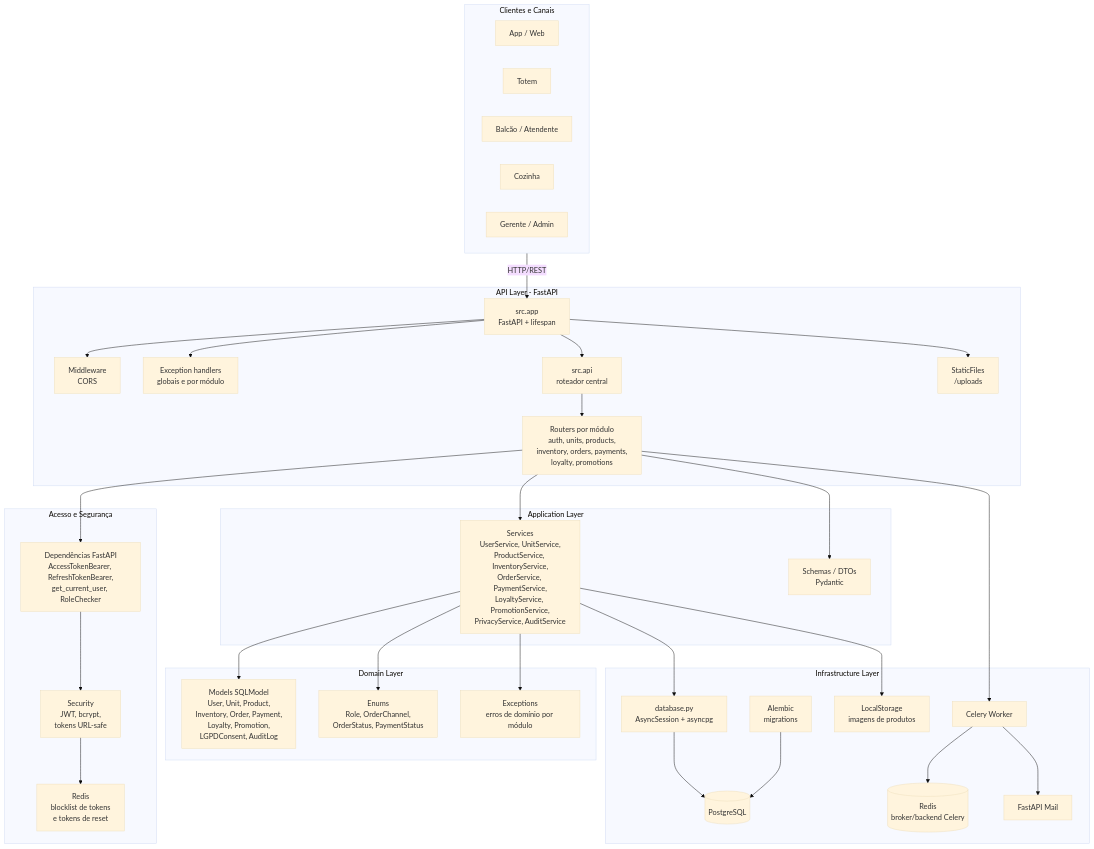
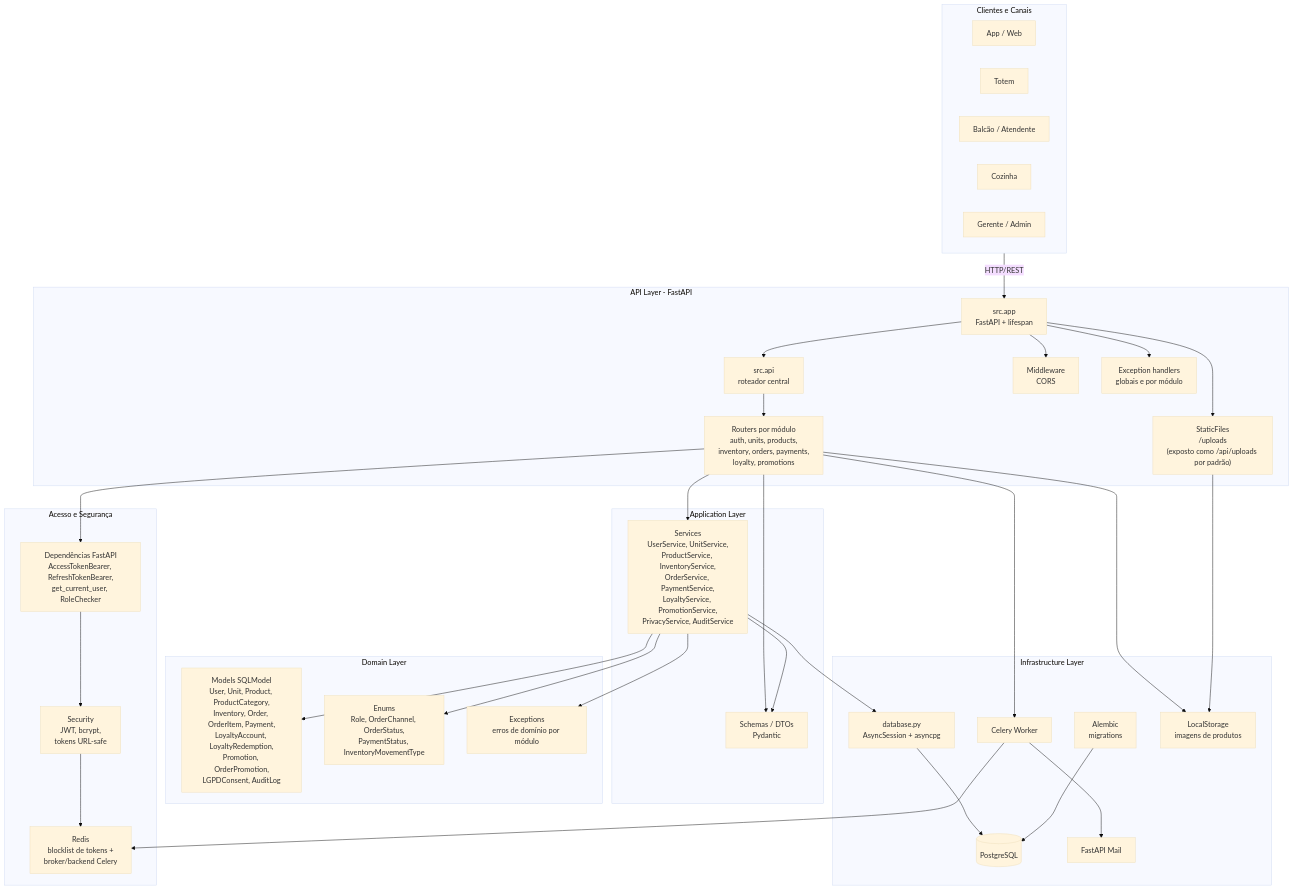
One commit to estevan-ulian/raizes-do-nordeste-backend-uninter changed the diagram in docs/ARCHITECTURE.md. Above: the diagram before and after it, drawn with Mermaid (base theme). The commit also changed 4 other files, not shown here.

Commit message:
docs: update architecture, ER, class diagrams and README with latest model changes

````diff
--- a/docs/ARCHITECTURE.md
+++ b/docs/ARCHITECTURE.md
@@ -3,73 +3,74 @@
 ```mermaid
 flowchart TB
     subgraph Clients["Clientes e Canais"]
         APP["App / Web"]
         TOTEM["Totem"]
         COUNTER["Balcão / Atendente"]
         KITCHEN["Cozinha"]
         ADMIN["Gerente / Admin"]
     end
 
     subgraph API["API Layer - FastAPI"]
         APP_ENTRY["src.app<br/>FastAPI + lifespan"]
         API_ROUTER["src.api<br/>roteador central"]
         ROUTERS["Routers por módulo<br/>auth, units, products,<br/>inventory, orders, payments,<br/>loyalty, promotions"]
         MIDDLEWARE["Middleware<br/>CORS"]
         EX_HANDLERS["Exception handlers<br/>globais e por módulo"]
-        STATIC["StaticFiles<br/>/uploads"]
+        STATIC["StaticFiles<br/>/uploads<br/>(exposto como /api/uploads por padrão)"]
     end
 
     subgraph Access["Acesso e Segurança"]
         DEPENDENCIES["Dependências FastAPI<br/>AccessTokenBearer, RefreshTokenBearer,<br/>get_current_user, RoleChecker"]
         SECURITY["Security<br/>JWT, bcrypt,<br/>tokens URL-safe"]
-        REDIS_BLOCKLIST["Redis<br/>blocklist de tokens<br/>e tokens de reset"]
+        REDIS["Redis<br/>blocklist de tokens +<br/>broker/backend Celery"]
     end
 
     subgraph Application["Application Layer"]
         SERVICES["Services<br/>UserService, UnitService,<br/>ProductService, InventoryService,<br/>OrderService, PaymentService,<br/>LoyaltyService, PromotionService,<br/>PrivacyService, AuditService"]
         SCHEMAS["Schemas / DTOs<br/>Pydantic"]
     end
 
     subgraph Domain["Domain Layer"]
-        MODELS["Models SQLModel<br/>User, Unit, Product,<br/>Inventory, Order, Payment,<br/>Loyalty, Promotion,<br/>LGPDConsent, AuditLog"]
-        ENUMS["Enums<br/>Role, OrderChannel,<br/>OrderStatus, PaymentStatus"]
+        MODELS["Models SQLModel<br/>User, Unit, Product, ProductCategory,<br/>Inventory, Order, OrderItem, Payment,<br/>LoyaltyAccount, LoyaltyRedemption,<br/>Promotion, OrderPromotion,<br/>LGPDConsent, AuditLog"]
+        ENUMS["Enums<br/>Role, OrderChannel, OrderStatus,<br/>PaymentStatus, InventoryMovementType"]
         EXCEPTIONS["Exceptions<br/>erros de domínio por módulo"]
     end
 
     subgraph Infrastructure["Infrastructure Layer"]
         DB_SESSION["database.py<br/>AsyncSession + asyncpg"]
         POSTGRES[("PostgreSQL")]
         ALEMBIC["Alembic<br/>migrations"]
         CELERY["Celery Worker"]
-        REDIS_BROKER[("Redis<br/>broker/backend Celery")]
         MAIL["FastAPI Mail"]
         STORAGE["LocalStorage<br/>imagens de produtos"]
     end
 
     Clients -->|"HTTP/REST"| APP_ENTRY
 
     APP_ENTRY --> MIDDLEWARE
     APP_ENTRY --> EX_HANDLERS
     APP_ENTRY --> API_ROUTER
     APP_ENTRY --> STATIC
     API_ROUTER --> ROUTERS
 
     ROUTERS --> DEPENDENCIES
     DEPENDENCIES --> SECURITY
-    SECURITY --> REDIS_BLOCKLIST
+    SECURITY --> REDIS
 
     ROUTERS --> SERVICES
     ROUTERS --> SCHEMAS
+    SERVICES --> SCHEMAS
     SERVICES --> MODELS
     SERVICES --> ENUMS
     SERVICES --> EXCEPTIONS
     SERVICES --> DB_SESSION
 
     DB_SESSION --> POSTGRES
     ALEMBIC --> POSTGRES
 
-    SERVICES --> STORAGE
+    ROUTERS --> STORAGE
+    STATIC --> STORAGE
     ROUTERS --> CELERY
-    CELERY --> REDIS_BROKER
+    CELERY --> REDIS
     CELERY --> MAIL
 ```
````
